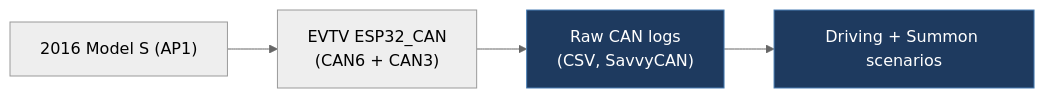
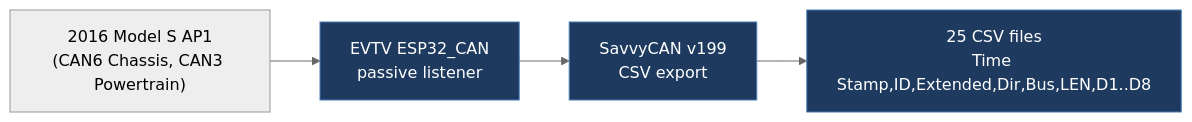
One commit to babico/TeslaCANModder changed the diagram in docs/legacy/amzoo-TMS_2016_LOGS.md. Above: the diagram before and after it, drawn with Mermaid (neutral theme). The commit also changed other lines of this file and 99 other files, not shown here.

````diff
--- a/docs/legacy/amzoo-TMS_2016_LOGS.md
+++ b/docs/legacy/amzoo-TMS_2016_LOGS.md
@@ -26,8 +76,8 @@
 ```mermaid
 flowchart LR
-    Car["2016 Model S (AP1)"] --> EVTV["EVTV ESP32_CAN<br/>(CAN6 + CAN3)"]
-    EVTV --> Logs["Raw CAN logs<br/>(CSV, SavvyCAN)"]
-    Logs --> Files["Driving + Summon scenarios"]
-    classDef path fill:#1e3a5f,stroke:#4a7fb5,color:#fff
-    class Logs,Files path
+    Car["2016 Model S AP1<br/>(CAN6 Chassis, CAN3 Powertrain)"] --> EVTV["EVTV ESP32_CAN<br/>passive listener"]
+    EVTV --> Savvy["SavvyCAN v199<br/>CSV export"]
+    Savvy --> CSV["25 CSV files<br/>Time Stamp,ID,Extended,Dir,Bus,LEN,D1..D8"]
+    classDef cap fill:#1e3a5f,stroke:#4a7fb5,color:#fff
+    class EVTV,Savvy,CSV cap
 ```
````
